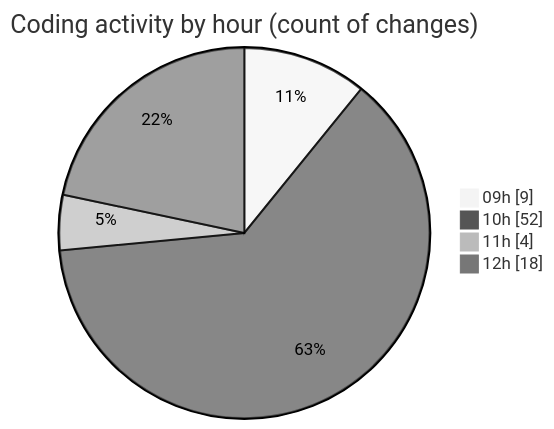
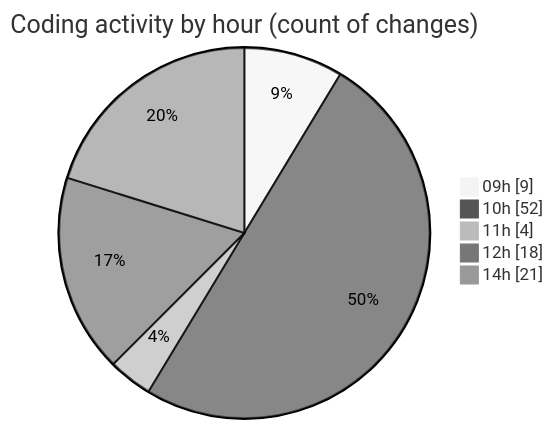
One commit to momahboobian/code-tracking changed the second of 2 diagrams in 2026-09-01/cda/README.md. Above: the diagram before and after it, drawn with Mermaid (neutral theme). The commit also changed other lines of this file and 1 other file, not shown here.

````diff
--- a/2026-09-01/cda/README.md
+++ b/2026-09-01/cda/README.md
@@ -68,8 +90,9 @@
 ```mermaid
 pie showData
 title Coding activity by hour (count of changes)
 "09h" : 9
 "10h" : 52
 "11h" : 4
 "12h" : 18
+"14h" : 21
 ```
````
